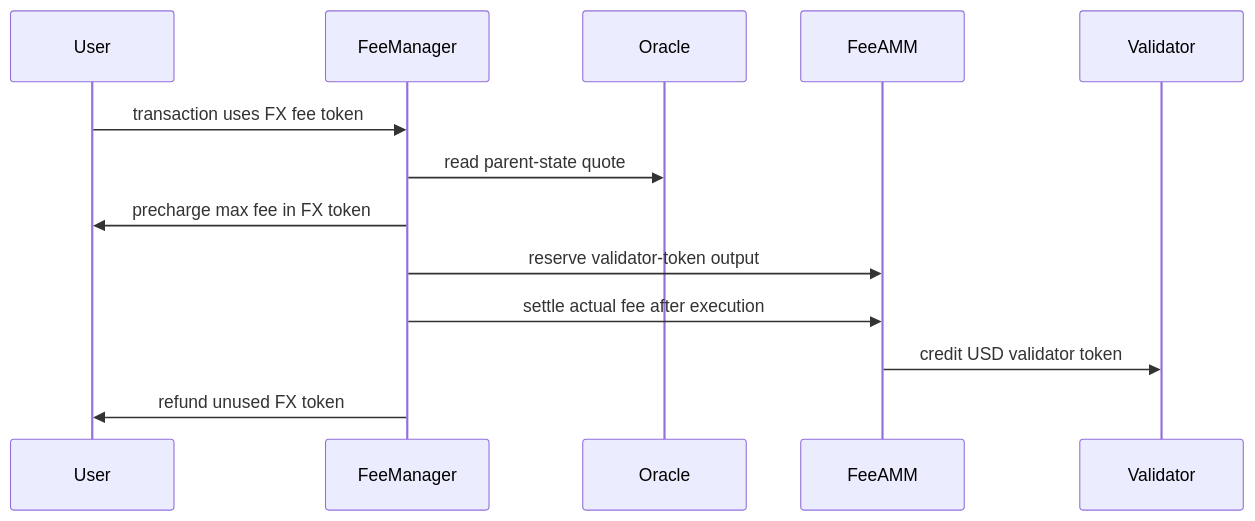
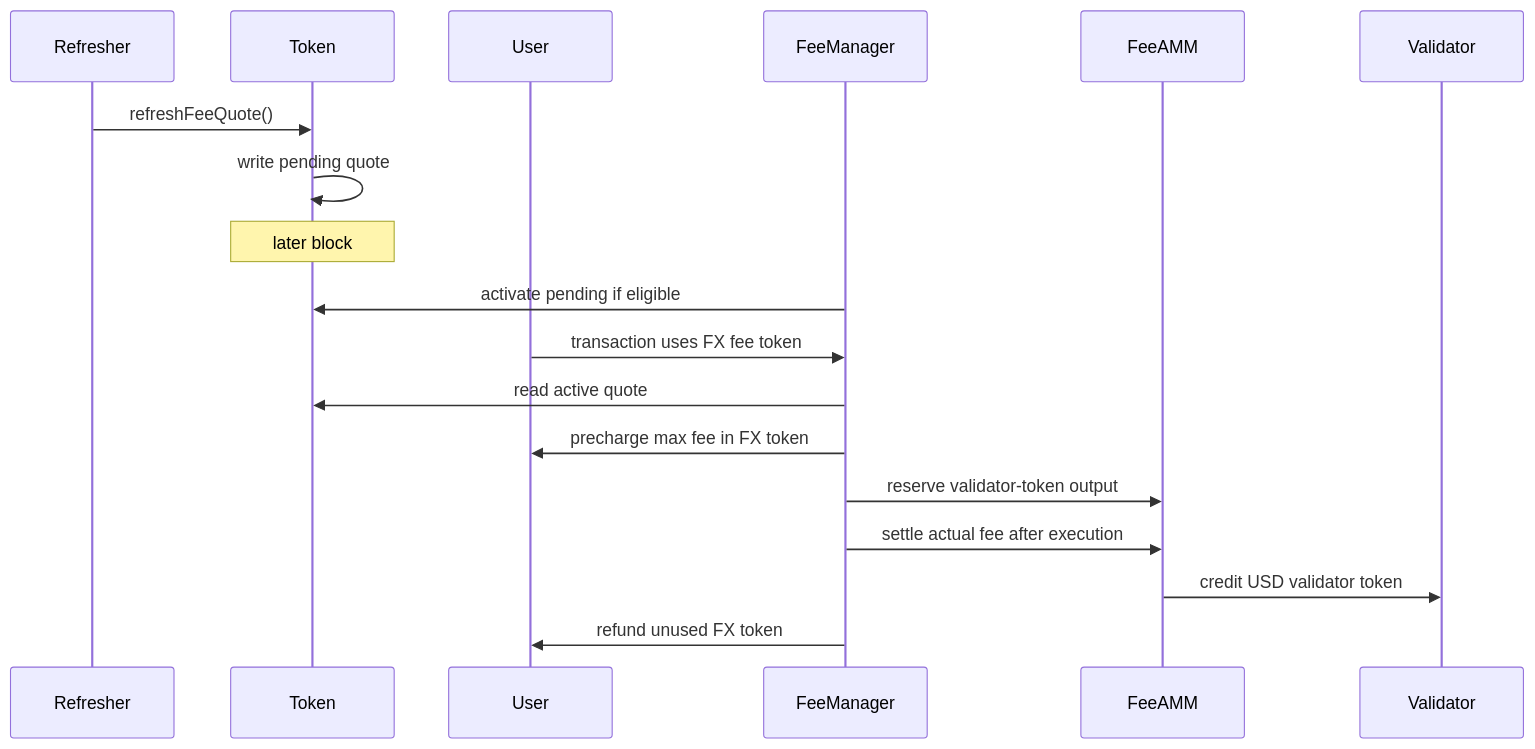
Before and after one commit to tempoxyz/tempo: the diagram in tips/tip-1054.md, drawn with Mermaid. The commit also changed other lines of this file, not shown here.

Commit message:
docs(tip-1054): add token fee quote cache

````diff
--- a/tips/tip-1054.md
+++ b/tips/tip-1054.md
@@ -72,16 +77,21 @@
 ```mermaid
 sequenceDiagram
+    participant Refresher
+    participant Token
     participant User
     participant FeeManager
-    participant Oracle
     participant FeeAMM
     participant Validator
 
+    Refresher->>Token: refreshFeeQuote()
+    Token->>Token: write pending quote
+    Note over Token: later block
+    FeeManager->>Token: activate pending if eligible
     User->>FeeManager: transaction uses FX fee token
-    FeeManager->>Oracle: read parent-state quote
+    FeeManager->>Token: read active quote
     FeeManager->>User: precharge max fee in FX token
     FeeManager->>FeeAMM: reserve validator-token output
     FeeManager->>FeeAMM: settle actual fee after execution
     FeeAMM->>Validator: credit USD validator token
     FeeManager->>User: refund unused FX token
 ```
````
